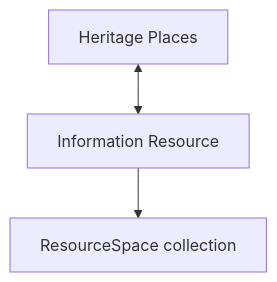
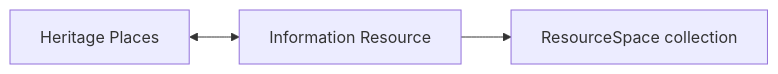
One commit to eamena-project/eamena-arches-dev changed the diagram in talks/2024-dcmh/README.md. Above: the diagram before and after it, drawn with Mermaid.

````diff
--- a/talks/2024-dcmh/README.md
+++ b/talks/2024-dcmh/README.md
@@ -38,9 +38,9 @@
 ```mermaid
-flowchart
+flowchart LR
   id1[Heritage Places] <--> id2[Information Resource];
   id2 --> id3[ResourceSpace collection];
   
   click id1 "https://database.eamena.org/search?paging-filter=1&tiles=true&format=tilecsv&reportlink=false&precision=6&total=383724&language=*&term-filter=%5B%7B%22context%22%3A%22%22%2C%22context_label%22%3A%22Heritage%20Place%20-%20Resource%20Name%22%2C%22id%22%3A2%2C%22text%22%3A%22DAL0%22%2C%22type%22%3A%22term%22%2C%22value%22%3A%22DAL0%22%2C%22inverted%22%3Afalse%7D%5D" _blank
   click id2 "https://database.eamena.org/report/cd4584b3-27c7-42da-a37d-88ae2278e012" _blank
   click id3 "https://cityofthedead.arch.ox.ac.uk/pages/search.php?search=%21collection114" _blank
 ```
````
